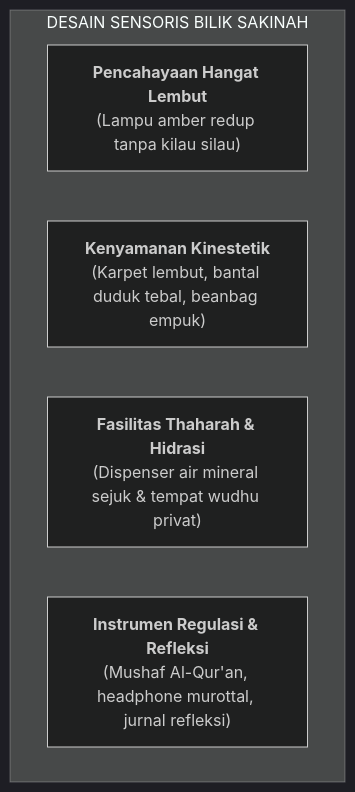
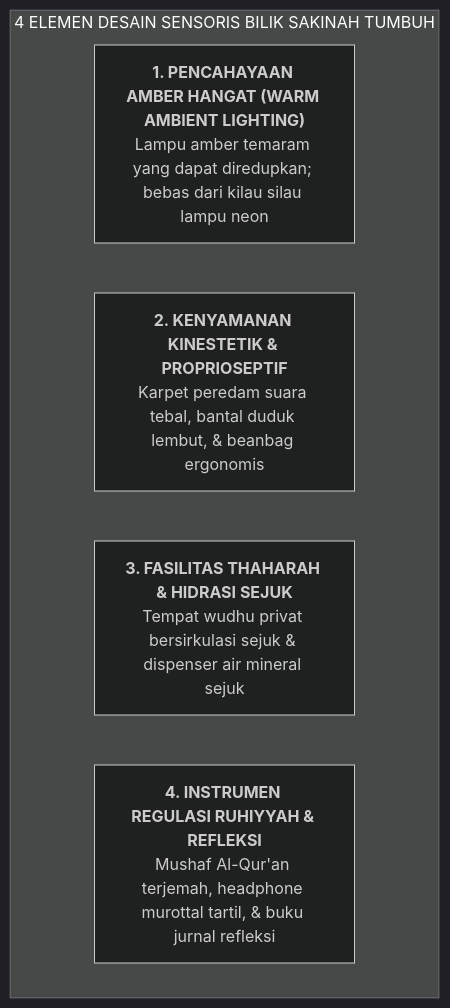
One commit to wandiapriliyandi/tumbuh changed the diagram in BOOK Series 2/Volume-04-Intervensi-PBIS-dan-Disiplin-Restoratif/Bab-06-Bilik-Sakinah-dan-De-eskalasi-Krisis/01-Konsep-dan-Desain-Bilik-Sakinah.md. Above: the diagram before and after it, drawn with Mermaid (dark theme). The commit also changed other lines of this file and 61 other files, not shown here.

````diff
--- a/BOOK Series 2/Volume-04-Intervensi-PBIS-dan-Disiplin-Restoratif/Bab-06-Bilik-Sakinah-dan-De-eskalasi-Krisis/01-Konsep-dan-Desain-Bilik-Sakinah.md
+++ b/BOOK Series 2/Volume-04-Intervensi-PBIS-dan-Disiplin-Restoratif/Bab-06-Bilik-Sakinah-dan-De-eskalasi-Krisis/01-Konsep-dan-Desain-Bilik-Sakinah.md
@@ -13,9 +13,12 @@
 ```mermaid
 flowchart TD
-    subgraph ElemenBilikSakinah["DESAIN SENSORIS BILIK SAKINAH"]
-        E1["<b>Pencahayaan Hangat Lembut</b><br/>(Lampu amber redup tanpa kilau silau)"]
-        E2["<b>Kenyamanan Kinestetik</b><br/>(Karpet lembut, bantal duduk tebal, beanbag empuk)"]
-        E3["<b>Fasilitas Thaharah & Hidrasi</b><br/>(Dispenser air mineral sejuk & tempat wudhu privat)"]
-        E4["<b>Instrumen Regulasi & Refleksi</b><br/>(Mushaf Al-Qur'an, headphone murottal, jurnal refleksi)"]
+    subgraph ElemenBilikSakinah["4 ELEMEN DESAIN SENSORIS BILIK SAKINAH TUMBUH"]
+        E1["<b>1. PENCAHAYAAN AMBER HANGAT (WARM AMBIENT LIGHTING)</b><br/>Lampu amber temaram yang dapat diredupkan; bebas dari kilau silau lampu neon"]
+        
+        E2["<b>2. KENYAMANAN KINESTETIK & PROPRIOSEPTIF</b><br/>Karpet peredam suara tebal, bantal duduk lembut, & beanbag ergonomis"]
+        
+        E3["<b>3. FASILITAS THAHARAH & HIDRASI SEJUK</b><br/>Tempat wudhu privat bersirkulasi sejuk & dispenser air mineral sejuk"]
+        
+        E4["<b>4. INSTRUMEN REGULASI RUHIYYAH & REFLEKSI</b><br/>Mushaf Al-Qur'an terjemah, headphone murottal tartil, & buku jurnal refleksi"]
     end
 ```
````
